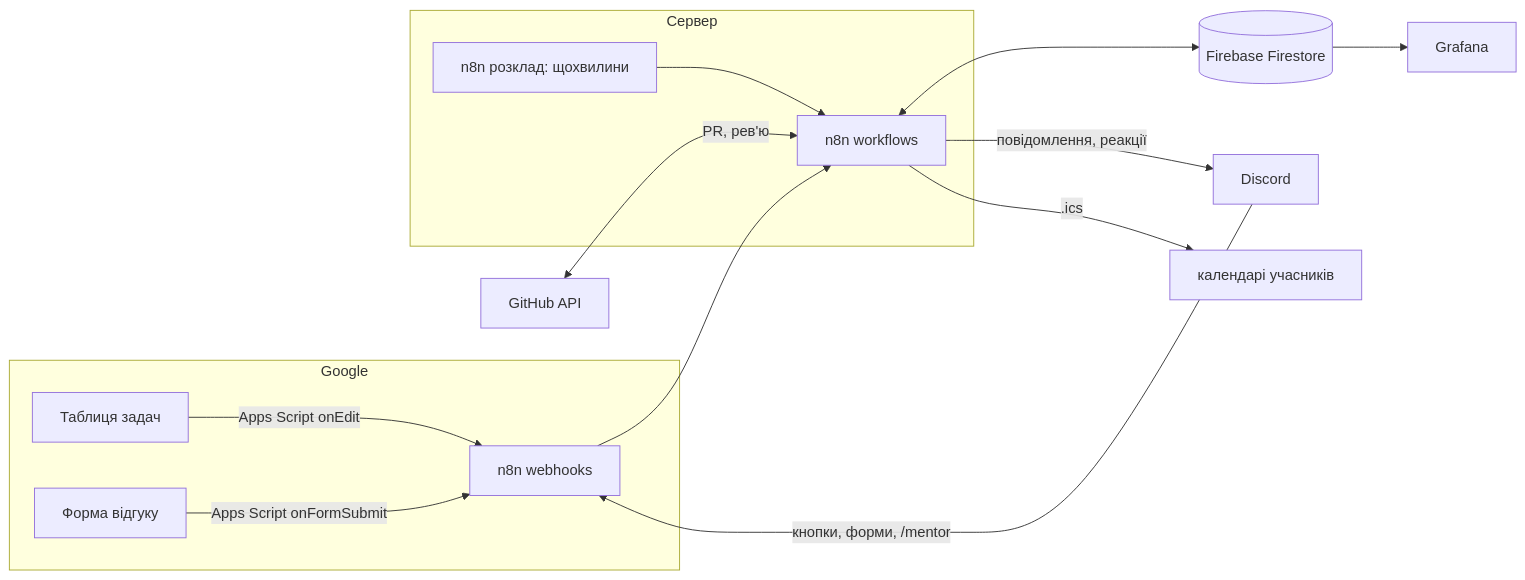
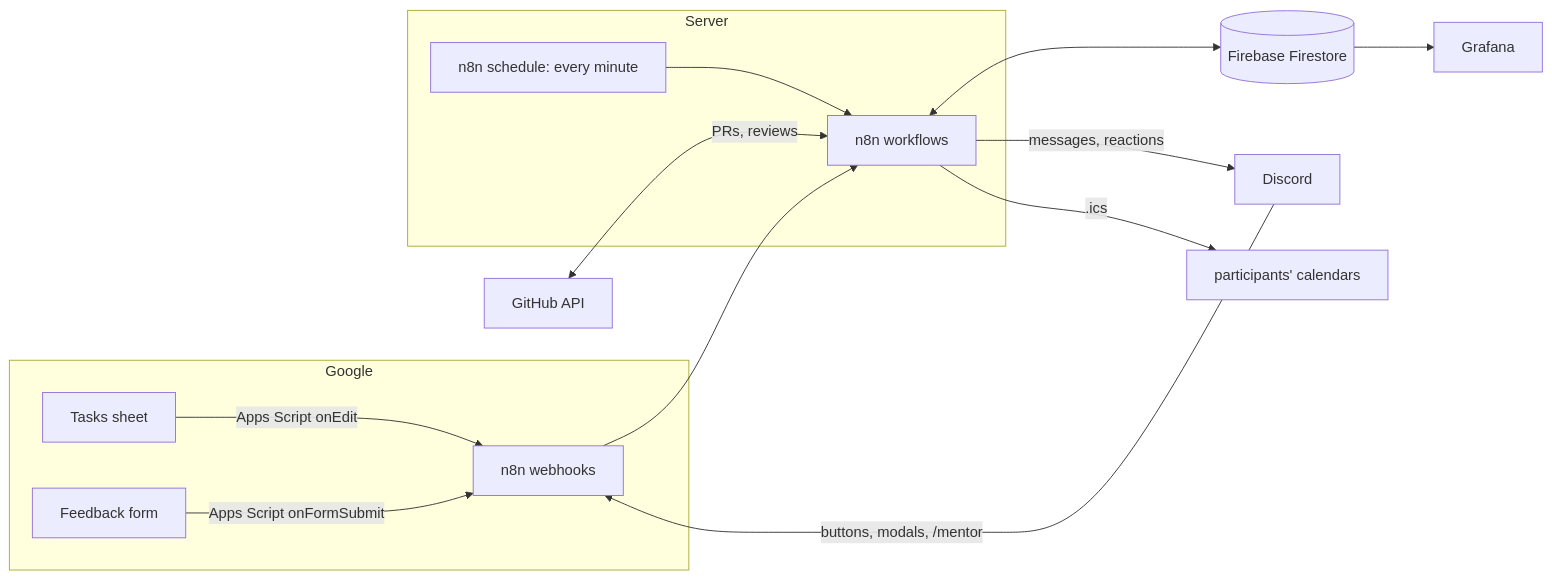
The diagram in docs/overview.md (mentorflow-lpnu/MentorFlow), drawn with Mermaid before and after one commit. The commit also changed other lines of this file and 57 other files, not shown here.

````diff
--- a/docs/overview.md
+++ b/docs/overview.md
@@ -66,17 +66,17 @@
 ```mermaid
 flowchart LR
   subgraph Google
-    S[Таблиця задач] -->|Apps Script onEdit| W
-    F[Форма відгуку] -->|Apps Script onFormSubmit| W
+    S[Tasks sheet] -->|Apps Script onEdit| W
+    F[Feedback form] -->|Apps Script onFormSubmit| W
   end
-  GH[GitHub API] <-->|PR, рев'ю| N
-  subgraph Сервер
+  GH[GitHub API] <-->|PRs, reviews| N
+  subgraph Server
     W[n8n webhooks] --> N[n8n workflows]
-    CR[n8n розклад: щохвилини] --> N
+    CR[n8n schedule: every minute] --> N
   end
   N <--> DB[(Firebase Firestore)]
   DB --> G[Grafana]
-  N -->|повідомлення, реакції| D[Discord]
-  D -->|кнопки, форми, /mentor| W
-  N -->|.ics| C[календарі учасників]
+  N -->|messages, reactions| D[Discord]
+  D -->|buttons, modals, /mentor| W
+  N -->|.ics| C[participants' calendars]
 ```
````
